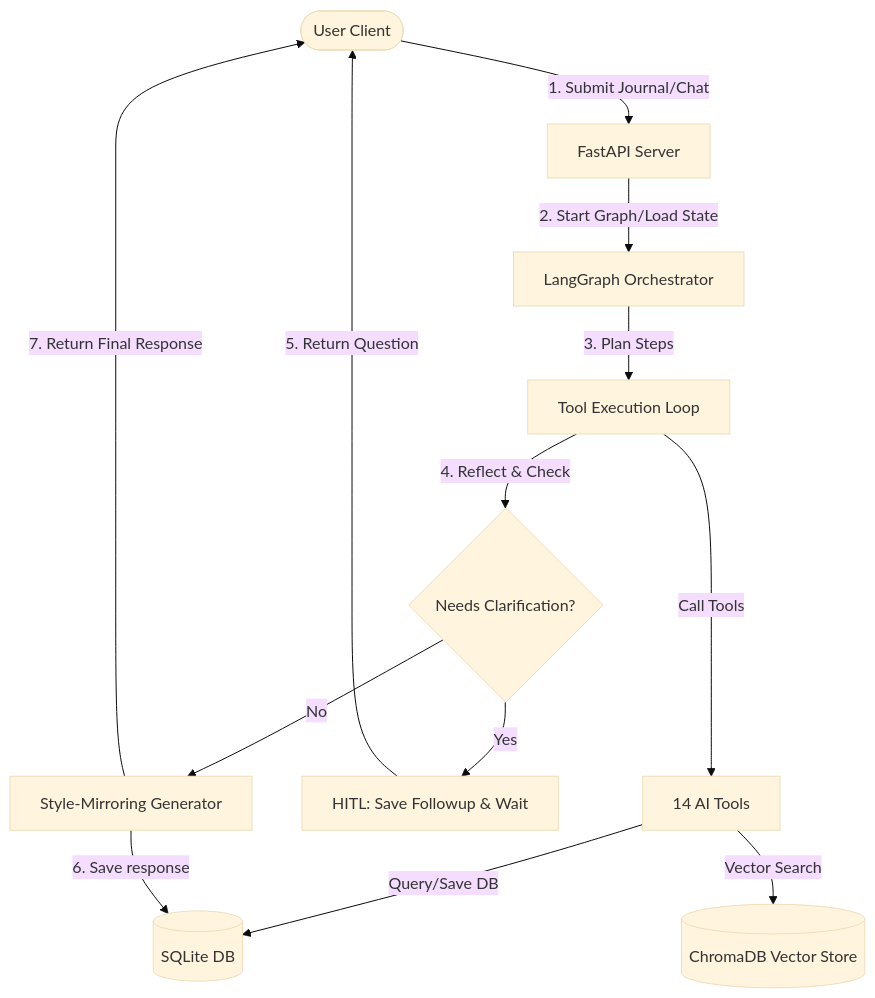
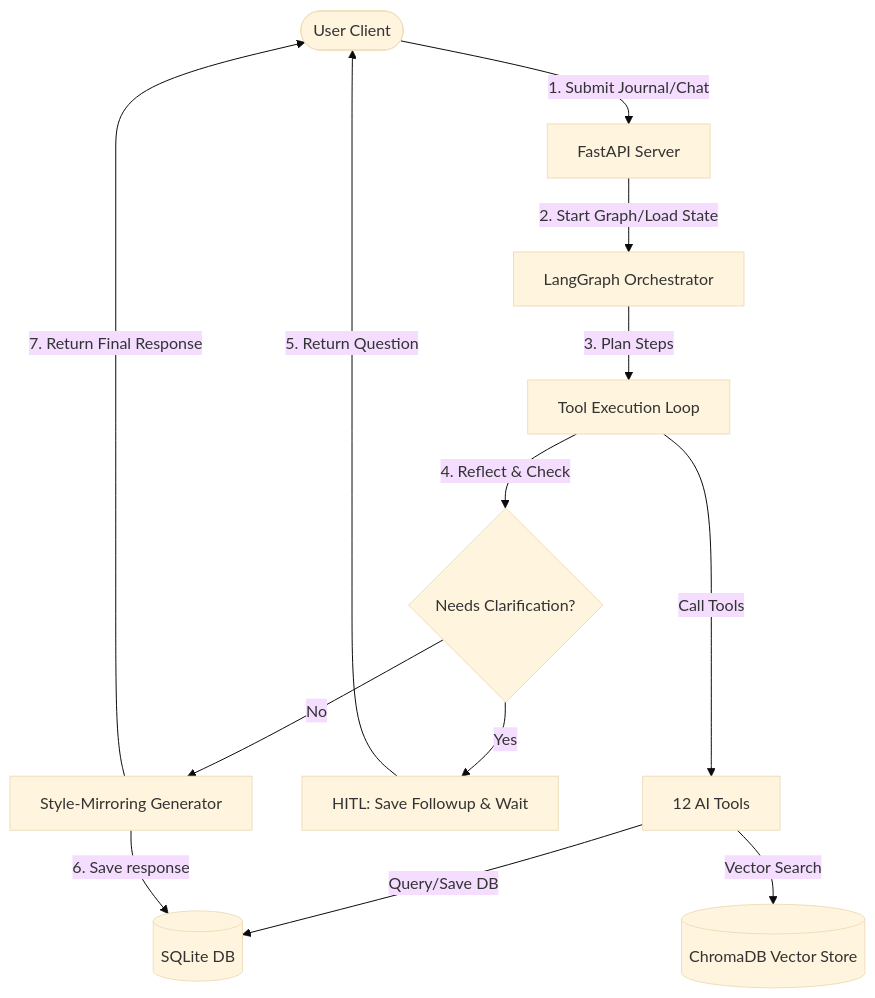
Before and after one commit to Vrote/InnerVoice: the diagram in PROJECT_OVERVIEW.md, drawn with Mermaid (base theme). The commit also changed 6 other files, not shown here.

````diff
--- a/PROJECT_OVERVIEW.md
+++ b/PROJECT_OVERVIEW.md
@@ -17,15 +17,15 @@
 ```mermaid
 graph TD
     User([User Client]) -->|1. Submit Journal/Chat| API[FastAPI Server]
     API -->|2. Start Graph/Load State| Orchestrator[LangGraph Orchestrator]
     Orchestrator -->|3. Plan Steps| ExecutionLoop[Tool Execution Loop]
-    ExecutionLoop -->|Call Tools| Tools[14 AI Tools]
+    ExecutionLoop -->|Call Tools| Tools[12 AI Tools]
     Tools -->|Query/Save DB| SQLite[(SQLite DB)]
     Tools -->|Vector Search| Chroma[(ChromaDB Vector Store)]
     ExecutionLoop -->|4. Reflect & Check| ReflectNode{Needs Clarification?}
     ReflectNode -->|Yes| HITL[HITL: Save Followup & Wait]
     HITL -->|5. Return Question| User
     ReflectNode -->|No| Generator[Style-Mirroring Generator]
     Generator -->|6. Save response| SQLite
     Generator -->|7. Return Final Response| User
 ```
````
